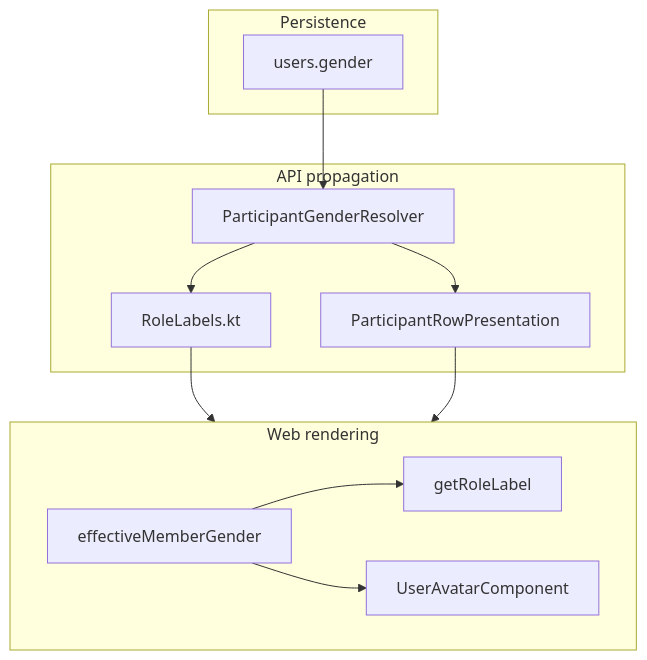
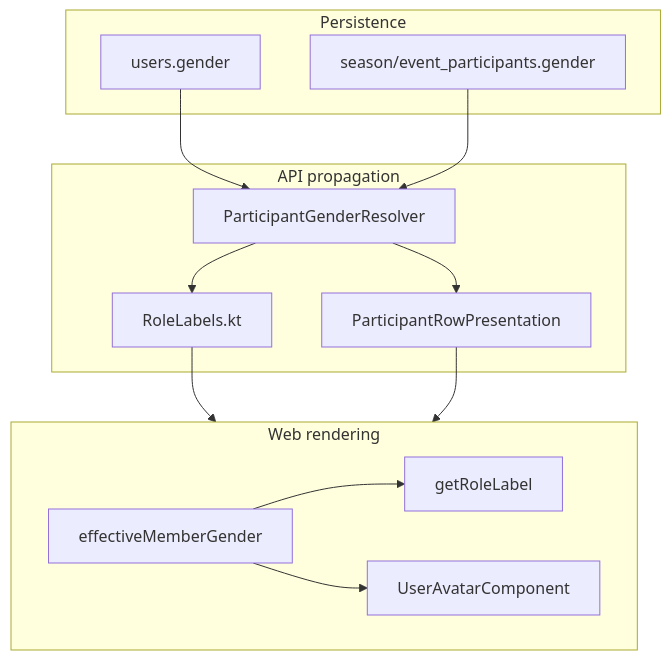
Before and after one commit to plamarque/hatcast: the diagram in docs/v2/technical/member-gender-surfaces.md, drawn with Mermaid. The commit also changed other lines of this file and 36 other files, not shown here.

First line of the commit message:
feat(participants): Add organizer gender on roster rows (2.12d)

````diff
--- a/docs/v2/technical/member-gender-surfaces.md
+++ b/docs/v2/technical/member-gender-surfaces.md
@@ -51,23 +52,25 @@
 ```mermaid
 flowchart TB
   subgraph persist [Persistence]
     U["users.gender"]
+    PG["season/event_participants.gender"]
   end
   subgraph api [API propagation]
     PGR[ParticipantGenderResolver]
     RL[RoleLabels.kt]
     PRP[ParticipantRowPresentation]
   end
   subgraph web [Web rendering]
     EMG[effectiveMemberGender]
     GRL[getRoleLabel]
     UA[UserAvatarComponent]
   end
   U --> PGR
+  PG --> PGR
   PGR --> RL
   PGR --> PRP
   RL --> web
   PRP --> web
   EMG --> GRL
   EMG --> UA
 ```
````
